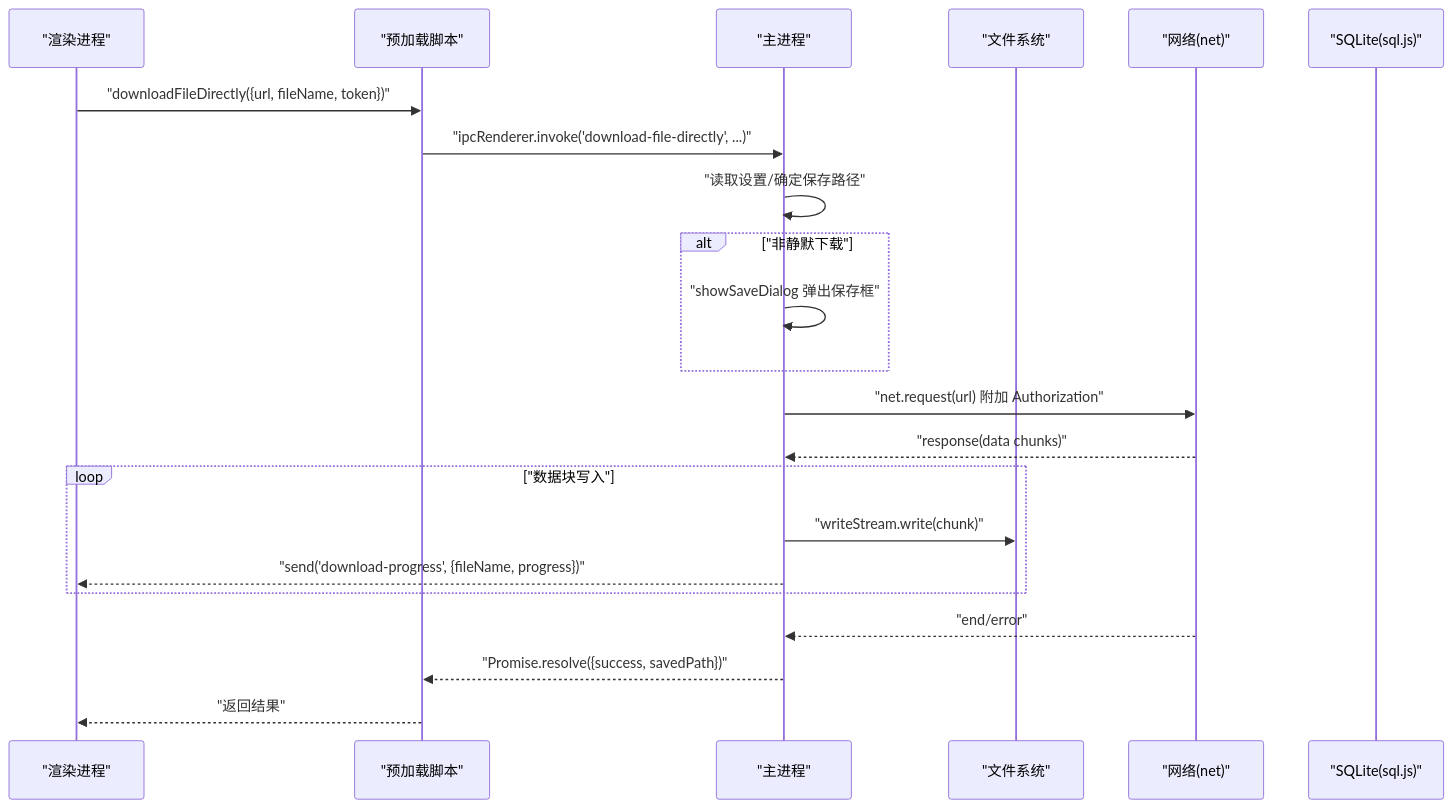
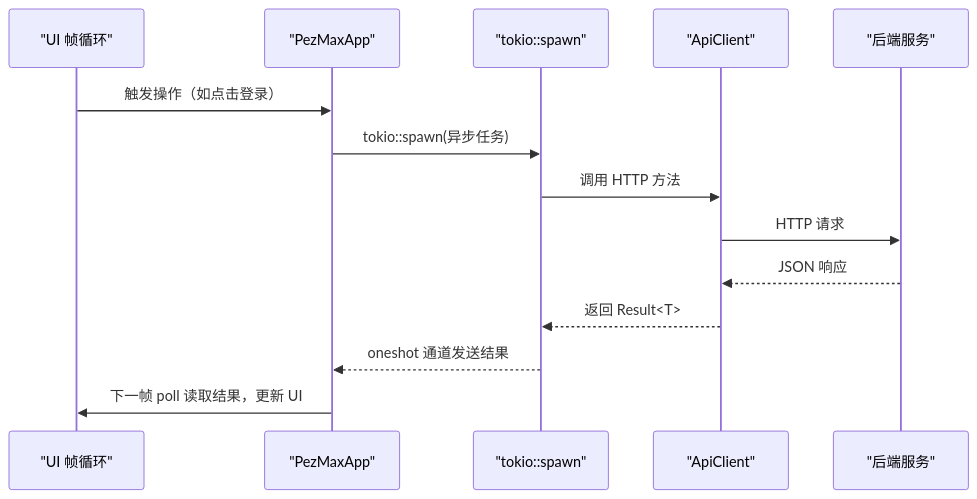
Before and after one commit to PezMax/PezMax-One: the third of 4 diagrams in repowiki/zh/content/桌面应用开发/桌面应用开发.md, drawn with Mermaid. The commit also changed other lines of this file and 12 other files, not shown here.

````diff
--- a/repowiki/zh/content/桌面应用开发/桌面应用开发.md
+++ b/repowiki/zh/content/桌面应用开发/桌面应用开发.md
@@ -154,24 +114,16 @@
 ```mermaid
 sequenceDiagram
-participant UI as "渲染进程"
-participant PL as "预加载脚本"
-participant MP as "主进程"
-participant FS as "文件系统"
-participant NET as "网络(net)"
-participant DB as "SQLite(sql.js)"
-UI->>PL : "downloadFileDirectly({url, fileName, token})"
-PL->>MP : "ipcRenderer.invoke('download-file-directly', ...)"
-MP->>MP : "读取设置/确定保存路径"
-alt "非静默下载"
-MP->>MP : "showSaveDialog 弹出保存框"
-end
-MP->>NET : "net.request(url) 附加 Authorization"
-NET-->>MP : "response(data chunks)"
-loop "数据块写入"
-MP->>FS : "writeStream.write(chunk)"
-MP-->>UI : "send('download-progress', {fileName, progress})"
-end
-NET-->>MP : "end/error"
-MP-->>PL : "Promise.resolve({success, savedPath})"
-PL-->>UI : "返回结果"
+participant UI as "UI 帧循环"
+participant App as "PezMaxApp"
+participant Spawn as "tokio::spawn"
+participant API as "ApiClient"
+participant Backend as "后端服务"
+UI->>App : 触发操作（如点击登录）
+App->>Spawn : tokio::spawn(异步任务)
+Spawn->>API : 调用 HTTP 方法
+API->>Backend : HTTP 请求
+Backend-->>API : JSON 响应
+API-->>Spawn : 返回 Result<T>
+Spawn-->>App : oneshot 通道发送结果
+App->>UI : 下一帧 poll 读取结果，更新 UI
 ```
````
